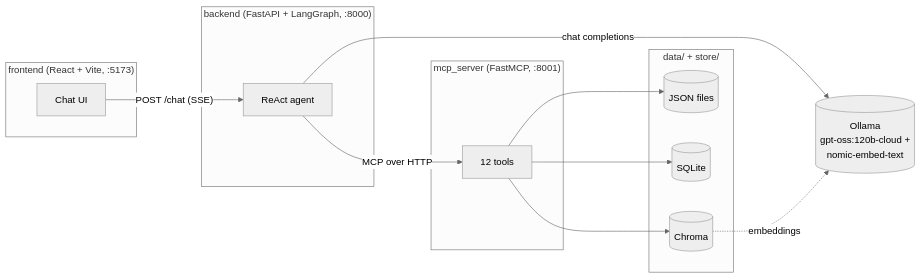
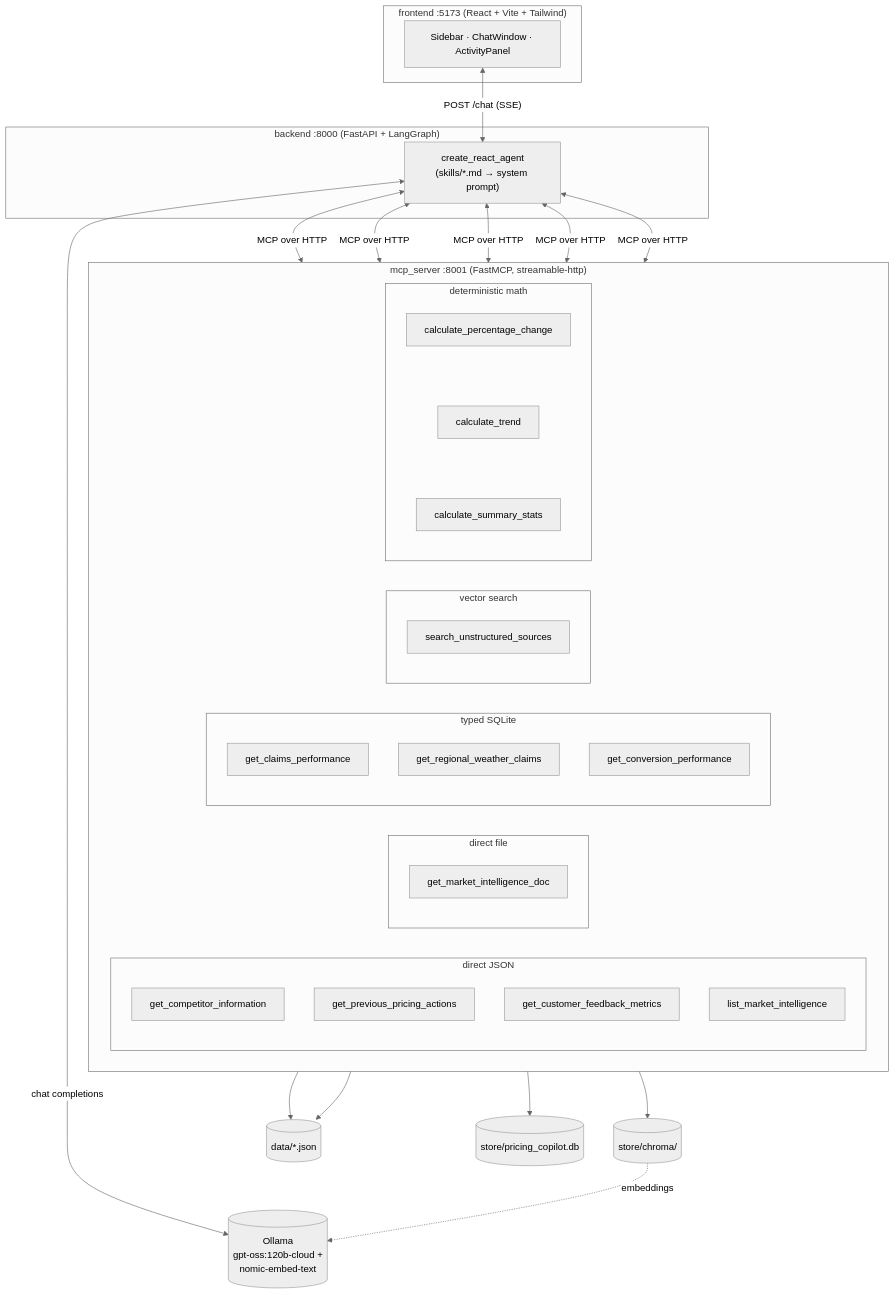
The first of 3 diagrams in README.md (yashvee-ai814/test), drawn with Mermaid (neutral theme) before and after one commit. The commit also changed other lines of this file, not shown here.

Commit message:
Add detailed architecture and data-retrieval diagrams to README
Expands the root README's architecture diagram to show all 12 tools
grouped by retrieval technique, and adds a source-to-technique
diagram showing how each data file maps to its retrieval tool(s) -
the same diagrams already in IMPLEMENTATION.md, surfaced in the
README for anyone landing there first.

````diff
--- a/README.md
+++ b/README.md
@@ -18,26 +21,51 @@
 ```mermaid
-flowchart LR
-    subgraph Frontend["frontend (React + Vite, :5173)"]
-        UI[Chat UI]
+flowchart TB
+    subgraph FE["frontend :5173  (React + Vite + Tailwind)"]
+        UI["Sidebar · ChatWindow · ActivityPanel"]
     end
-    subgraph Backend["backend (FastAPI + LangGraph, :8000)"]
-        Agent[ReAct agent]
+
+    subgraph BE["backend :8000  (FastAPI + LangGraph)"]
+        Agent["create_react_agent<br/>(skills/*.md → system prompt)"]
     end
-    subgraph MCP["mcp_server (FastMCP, :8001)"]
-        Tools[12 tools]
+
+    subgraph MCP["mcp_server :8001  (FastMCP, streamable-http)"]
+        direction LR
+        subgraph catJSON["direct JSON"]
+            j1[get_competitor_information]
+            j2[get_previous_pricing_actions]
+            j3[get_customer_feedback_metrics]
+            j4[list_market_intelligence]
+        end
+        subgraph catFile["direct file"]
+            f1[get_market_intelligence_doc]
+        end
+        subgraph catSQL["typed SQLite"]
+            s1[get_claims_performance]
+            s2[get_regional_weather_claims]
+            s3[get_conversion_performance]
+        end
+        subgraph catVec["vector search"]
+            v1[search_unstructured_sources]
+        end
+        subgraph catMath["deterministic math"]
+            m1[calculate_percentage_change]
+            m2[calculate_trend]
+            m3[calculate_summary_stats]
+        end
     end
-    subgraph Data["data/ + store/"]
-        JSON[(JSON files)]
-        SQL[(SQLite)]
-        Vec[(Chroma)]
-    end
-    Ollama[("Ollama\ngpt-oss:120b-cloud +\nnomic-embed-text")]
 
-    UI -- "POST /chat (SSE)" --> Agent
-    Agent -- MCP over HTTP --> Tools
-    Agent -- chat completions --> Ollama
-    Tools --> JSON
-    Tools --> SQL
-    Tools --> Vec
-    Vec -. embeddings .-> Ollama
+    JSONFiles[("data/*.json")]
+    SQLite[("store/pricing_copilot.db")]
+    Chroma[("store/chroma/")]
+    Ollama[("Ollama<br/>gpt-oss:120b-cloud +<br/>nomic-embed-text")]
+
+    UI <-->|"POST /chat (SSE)"| Agent
+    Agent <-->|"MCP over HTTP"| catJSON & catFile & catSQL & catVec & catMath
+    Agent <-->|chat completions| Ollama
+    catJSON --> JSONFiles
+    catFile --> JSONFiles
+    catSQL --> SQLite
+    catVec --> Chroma
+    Chroma -.embeddings.-> Ollama
+    m1 ~~~ m2 ~~~ m3
 ```
````
